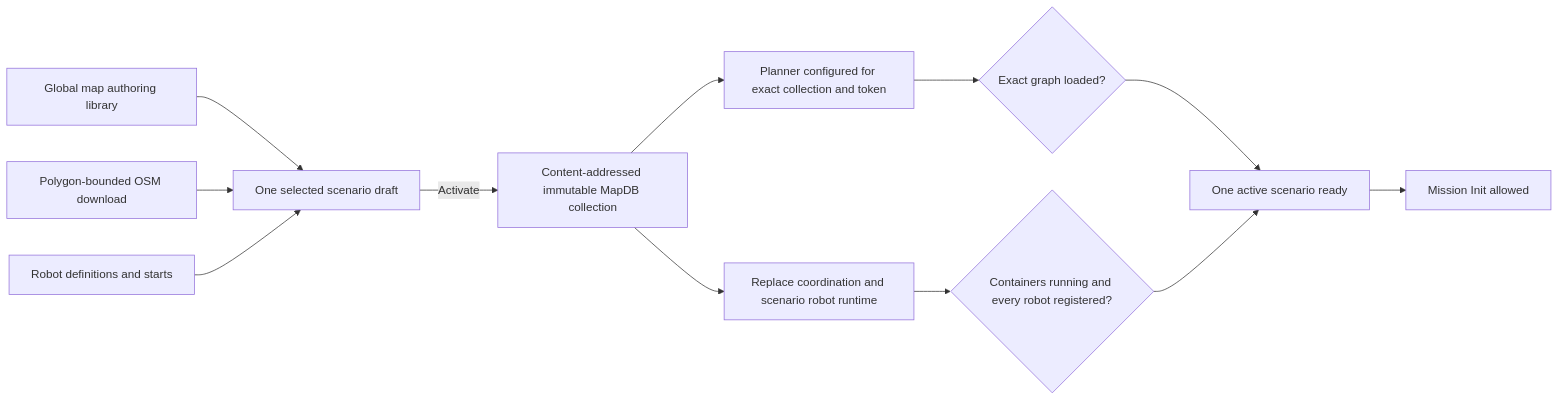
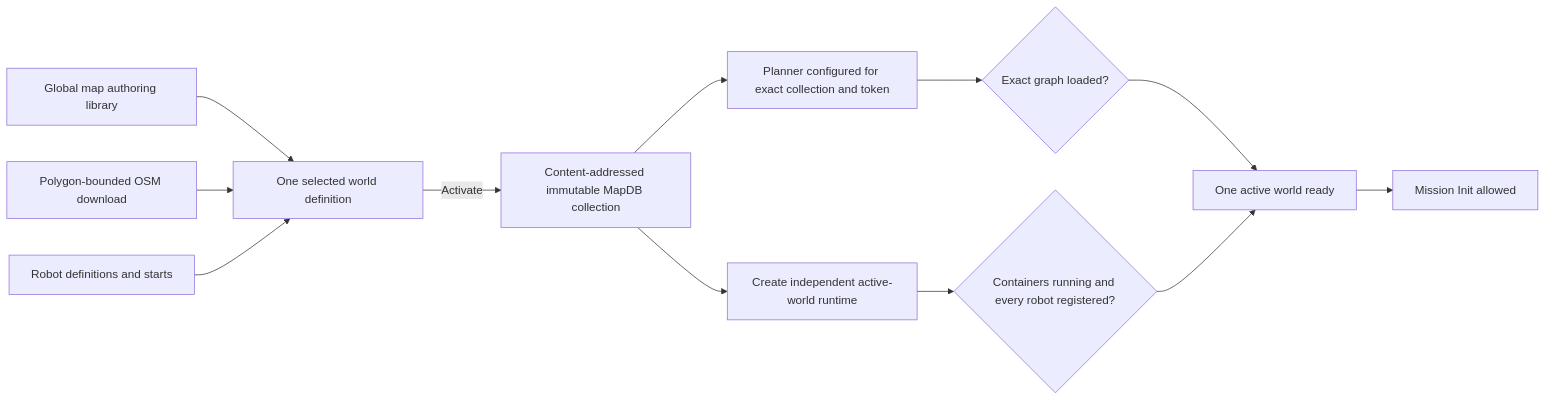
Before and after one commit to LEBaz2211/C2_imugs2: the diagram in PROJECT_PLANNING.md, drawn with Mermaid. The commit also changed other lines of this file and 46 other files, not shown here.

First line of the commit message:
Refactor scenario terminology to "world definition" and enhance operational picture API

````diff
--- a/PROJECT_PLANNING.md
+++ b/PROJECT_PLANNING.md
@@ -53,14 +67,14 @@
 ```mermaid
 flowchart LR
-    Library[Global map authoring library] --> Draft[One selected scenario draft]
+    Library[Global map authoring library] --> Draft[One selected world definition]
     Roads[Polygon-bounded OSM download] --> Draft
     Robots[Robot definitions and starts] --> Draft
     Draft -->|Activate| Freeze[Content-addressed immutable MapDB collection]
     Freeze --> Planner[Planner configured for exact collection and token]
-    Freeze --> Runtime[Replace coordination and scenario robot runtime]
+    Freeze --> Runtime[Create independent active-world runtime]
     Planner --> Verify{Exact graph loaded?}
     Runtime --> Verify2{Containers running and every robot registered?}
-    Verify --> Ready[One active scenario ready]
+    Verify --> Ready[One active world ready]
     Verify2 --> Ready
     Ready --> Mission[Mission Init allowed]
 ```
````
